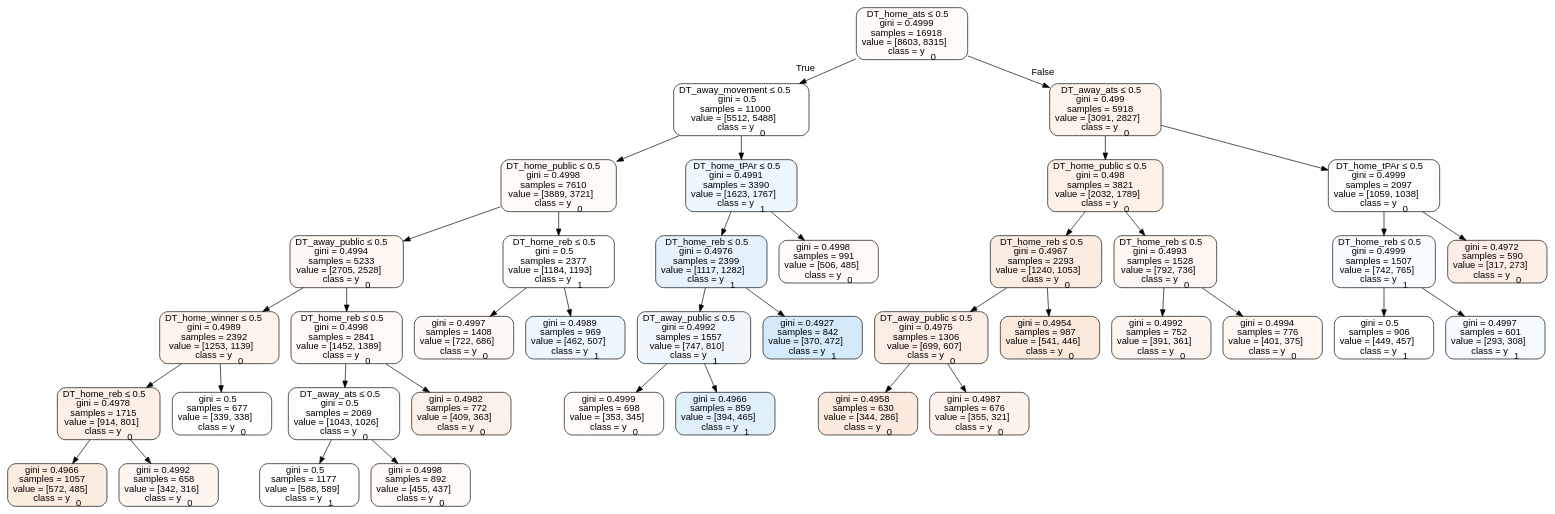
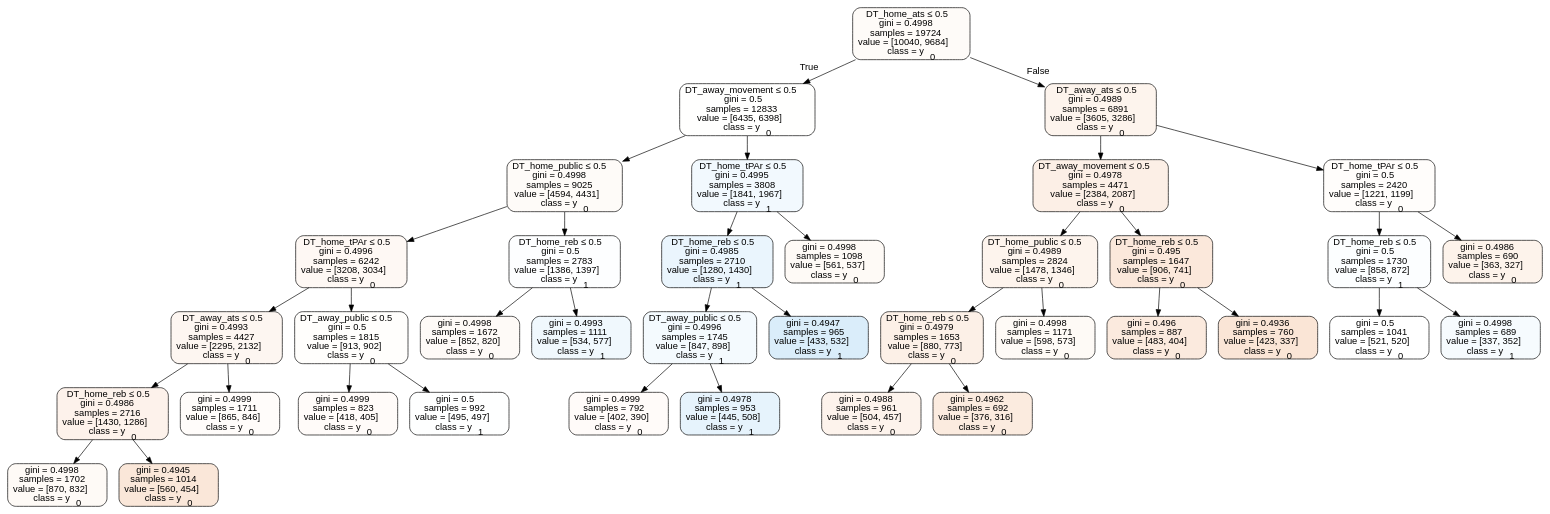
The diagram in tree_data/treehome.dot (usbogie/ncaa-bets), drawn with Graphviz before and after one commit. The commit also changed 50 other files, not shown here.

```diff
--- a/tree_data/treehome.dot
+++ b/tree_data/treehome.dot
@@ -1,81 +1,77 @@
 digraph Tree {
 node [shape=box, style="filled, rounded", color="black", fontname=helvetica] ;
 edge [fontname=helvetica] ;
-0 [label=<DT_home_ats &le; 0.5<br/>gini = 0.4999<br/>samples = 16918<br/>value = [8603, 8315]<br/>class = y<SUB>0</SUB>>, fillcolor="#e5813909"] ;
-1 [label=<DT_away_movement &le; 0.5<br/>gini = 0.5<br/>samples = 11000<br/>value = [5512, 5488]<br/>class = y<SUB>0</SUB>>, fillcolor="#e5813901"] ;
+0 [label=<DT_home_ats &le; 0.5<br/>gini = 0.4998<br/>samples = 19724<br/>value = [10040, 9684]<br/>class = y<SUB>0</SUB>>, fillcolor="#e5813909"] ;
+1 [label=<DT_away_movement &le; 0.5<br/>gini = 0.5<br/>samples = 12833<br/>value = [6435, 6398]<br/>class = y<SUB>0</SUB>>, fillcolor="#e5813901"] ;
 0 -> 1 [labeldistance=2.5, labelangle=45, headlabel="True"] ;
-2 [label=<DT_home_public &le; 0.5<br/>gini = 0.4998<br/>samples = 7610<br/>value = [3889, 3721]<br/>class = y<SUB>0</SUB>>, fillcolor="#e581390b"] ;
+2 [label=<DT_home_public &le; 0.5<br/>gini = 0.4998<br/>samples = 9025<br/>value = [4594, 4431]<br/>class = y<SUB>0</SUB>>, fillcolor="#e5813909"] ;
 1 -> 2 ;
-3 [label=<DT_away_public &le; 0.5<br/>gini = 0.4994<br/>samples = 5233<br/>value = [2705, 2528]<br/>class = y<SUB>0</SUB>>, fillcolor="#e5813911"] ;
+3 [label=<DT_home_tPAr &le; 0.5<br/>gini = 0.4996<br/>samples = 6242<br/>value = [3208, 3034]<br/>class = y<SUB>0</SUB>>, fillcolor="#e581390e"] ;
 2 -> 3 ;
-4 [label=<DT_home_winner &le; 0.5<br/>gini = 0.4989<br/>samples = 2392<br/>value = [1253, 1139]<br/>class = y<SUB>0</SUB>>, fillcolor="#e5813917"] ;
+4 [label=<DT_away_ats &le; 0.5<br/>gini = 0.4993<br/>samples = 4427<br/>value = [2295, 2132]<br/>class = y<SUB>0</SUB>>, fillcolor="#e5813912"] ;
 3 -> 4 ;
-5 [label=<DT_home_reb &le; 0.5<br/>gini = 0.4978<br/>samples = 1715<br/>value = [914, 801]<br/>class = y<SUB>0</SUB>>, fillcolor="#e5813920"] ;
+5 [label=<DT_home_reb &le; 0.5<br/>gini = 0.4986<br/>samples = 2716<br/>value = [1430, 1286]<br/>class = y<SUB>0</SUB>>, fillcolor="#e581391a"] ;
 4 -> 5 ;
-6 [label=<gini = 0.4966<br/>samples = 1057<br/>value = [572, 485]<br/>class = y<SUB>0</SUB>>, fillcolor="#e5813927"] ;
+6 [label=<gini = 0.4998<br/>samples = 1702<br/>value = [870, 832]<br/>class = y<SUB>0</SUB>>, fillcolor="#e581390b"] ;
 5 -> 6 ;
-7 [label=<gini = 0.4992<br/>samples = 658<br/>value = [342, 316]<br/>class = y<SUB>0</SUB>>, fillcolor="#e5813913"] ;
+7 [label=<gini = 0.4945<br/>samples = 1014<br/>value = [560, 454]<br/>class = y<SUB>0</SUB>>, fillcolor="#e5813930"] ;
 5 -> 7 ;
-8 [label=<gini = 0.5<br/>samples = 677<br/>value = [339, 338]<br/>class = y<SUB>0</SUB>>, fillcolor="#e5813901"] ;
+8 [label=<gini = 0.4999<br/>samples = 1711<br/>value = [865, 846]<br/>class = y<SUB>0</SUB>>, fillcolor="#e5813906"] ;
 4 -> 8 ;
-9 [label=<DT_home_reb &le; 0.5<br/>gini = 0.4998<br/>samples = 2841<br/>value = [1452, 1389]<br/>class = y<SUB>0</SUB>>, fillcolor="#e581390b"] ;
+9 [label=<DT_away_public &le; 0.5<br/>gini = 0.5<br/>samples = 1815<br/>value = [913, 902]<br/>class = y<SUB>0</SUB>>, fillcolor="#e5813903"] ;
 3 -> 9 ;
-10 [label=<DT_away_ats &le; 0.5<br/>gini = 0.5<br/>samples = 2069<br/>value = [1043, 1026]<br/>class = y<SUB>0</SUB>>, fillcolor="#e5813904"] ;
+10 [label=<gini = 0.4999<br/>samples = 823<br/>value = [418, 405]<br/>class = y<SUB>0</SUB>>, fillcolor="#e5813908"] ;
 9 -> 10 ;
-11 [label=<gini = 0.5<br/>samples = 1177<br/>value = [588, 589]<br/>class = y<SUB>1</SUB>>, fillcolor="#399de500"] ;
-10 -> 11 ;
-12 [label=<gini = 0.4998<br/>samples = 892<br/>value = [455, 437]<br/>class = y<SUB>0</SUB>>, fillcolor="#e581390a"] ;
-10 -> 12 ;
-13 [label=<gini = 0.4982<br/>samples = 772<br/>value = [409, 363]<br/>class = y<SUB>0</SUB>>, fillcolor="#e581391d"] ;
-9 -> 13 ;
-14 [label=<DT_home_reb &le; 0.5<br/>gini = 0.5<br/>samples = 2377<br/>value = [1184, 1193]<br/>class = y<SUB>1</SUB>>, fillcolor="#399de502"] ;
-2 -> 14 ;
-15 [label=<gini = 0.4997<br/>samples = 1408<br/>value = [722, 686]<br/>class = y<SUB>0</SUB>>, fillcolor="#e581390d"] ;
-14 -> 15 ;
-16 [label=<gini = 0.4989<br/>samples = 969<br/>value = [462, 507]<br/>class = y<SUB>1</SUB>>, fillcolor="#399de517"] ;
-14 -> 16 ;
-17 [label=<DT_home_tPAr &le; 0.5<br/>gini = 0.4991<br/>samples = 3390<br/>value = [1623, 1767]<br/>class = y<SUB>1</SUB>>, fillcolor="#399de515"] ;
-1 -> 17 ;
-18 [label=<DT_home_reb &le; 0.5<br/>gini = 0.4976<br/>samples = 2399<br/>value = [1117, 1282]<br/>class = y<SUB>1</SUB>>, fillcolor="#399de521"] ;
+11 [label=<gini = 0.5<br/>samples = 992<br/>value = [495, 497]<br/>class = y<SUB>1</SUB>>, fillcolor="#399de501"] ;
+9 -> 11 ;
+12 [label=<DT_home_reb &le; 0.5<br/>gini = 0.5<br/>samples = 2783<br/>value = [1386, 1397]<br/>class = y<SUB>1</SUB>>, fillcolor="#399de502"] ;
+2 -> 12 ;
+13 [label=<gini = 0.4998<br/>samples = 1672<br/>value = [852, 820]<br/>class = y<SUB>0</SUB>>, fillcolor="#e581390a"] ;
+12 -> 13 ;
+14 [label=<gini = 0.4993<br/>samples = 1111<br/>value = [534, 577]<br/>class = y<SUB>1</SUB>>, fillcolor="#399de513"] ;
+12 -> 14 ;
+15 [label=<DT_home_tPAr &le; 0.5<br/>gini = 0.4995<br/>samples = 3808<br/>value = [1841, 1967]<br/>class = y<SUB>1</SUB>>, fillcolor="#399de510"] ;
+1 -> 15 ;
+16 [label=<DT_home_reb &le; 0.5<br/>gini = 0.4985<br/>samples = 2710<br/>value = [1280, 1430]<br/>class = y<SUB>1</SUB>>, fillcolor="#399de51b"] ;
+15 -> 16 ;
+17 [label=<DT_away_public &le; 0.5<br/>gini = 0.4996<br/>samples = 1745<br/>value = [847, 898]<br/>class = y<SUB>1</SUB>>, fillcolor="#399de50e"] ;
+16 -> 17 ;
+18 [label=<gini = 0.4999<br/>samples = 792<br/>value = [402, 390]<br/>class = y<SUB>0</SUB>>, fillcolor="#e5813908"] ;
 17 -> 18 ;
-19 [label=<DT_away_public &le; 0.5<br/>gini = 0.4992<br/>samples = 1557<br/>value = [747, 810]<br/>class = y<SUB>1</SUB>>, fillcolor="#399de514"] ;
-18 -> 19 ;
-20 [label=<gini = 0.4999<br/>samples = 698<br/>value = [353, 345]<br/>class = y<SUB>0</SUB>>, fillcolor="#e5813906"] ;
-19 -> 20 ;
-21 [label=<gini = 0.4966<br/>samples = 859<br/>value = [394, 465]<br/>class = y<SUB>1</SUB>>, fillcolor="#399de527"] ;
-19 -> 21 ;
-22 [label=<gini = 0.4927<br/>samples = 842<br/>value = [370, 472]<br/>class = y<SUB>1</SUB>>, fillcolor="#399de537"] ;
-18 -> 22 ;
-23 [label=<gini = 0.4998<br/>samples = 991<br/>value = [506, 485]<br/>class = y<SUB>0</SUB>>, fillcolor="#e581390b"] ;
-17 -> 23 ;
-24 [label=<DT_away_ats &le; 0.5<br/>gini = 0.499<br/>samples = 5918<br/>value = [3091, 2827]<br/>class = y<SUB>0</SUB>>, fillcolor="#e5813916"] ;
-0 -> 24 [labeldistance=2.5, labelangle=-45, headlabel="False"] ;
-25 [label=<DT_home_public &le; 0.5<br/>gini = 0.498<br/>samples = 3821<br/>value = [2032, 1789]<br/>class = y<SUB>0</SUB>>, fillcolor="#e581391e"] ;
+19 [label=<gini = 0.4978<br/>samples = 953<br/>value = [445, 508]<br/>class = y<SUB>1</SUB>>, fillcolor="#399de520"] ;
+17 -> 19 ;
+20 [label=<gini = 0.4947<br/>samples = 965<br/>value = [433, 532]<br/>class = y<SUB>1</SUB>>, fillcolor="#399de52f"] ;
+16 -> 20 ;
+21 [label=<gini = 0.4998<br/>samples = 1098<br/>value = [561, 537]<br/>class = y<SUB>0</SUB>>, fillcolor="#e581390b"] ;
+15 -> 21 ;
+22 [label=<DT_away_ats &le; 0.5<br/>gini = 0.4989<br/>samples = 6891<br/>value = [3605, 3286]<br/>class = y<SUB>0</SUB>>, fillcolor="#e5813917"] ;
+0 -> 22 [labeldistance=2.5, labelangle=-45, headlabel="False"] ;
+23 [label=<DT_away_movement &le; 0.5<br/>gini = 0.4978<br/>samples = 4471<br/>value = [2384, 2087]<br/>class = y<SUB>0</SUB>>, fillcolor="#e5813920"] ;
+22 -> 23 ;
+24 [label=<DT_home_public &le; 0.5<br/>gini = 0.4989<br/>samples = 2824<br/>value = [1478, 1346]<br/>class = y<SUB>0</SUB>>, fillcolor="#e5813917"] ;
+23 -> 24 ;
+25 [label=<DT_home_reb &le; 0.5<br/>gini = 0.4979<br/>samples = 1653<br/>value = [880, 773]<br/>class = y<SUB>0</SUB>>, fillcolor="#e581391f"] ;
 24 -> 25 ;
-26 [label=<DT_home_reb &le; 0.5<br/>gini = 0.4967<br/>samples = 2293<br/>value = [1240, 1053]<br/>class = y<SUB>0</SUB>>, fillcolor="#e5813926"] ;
+26 [label=<gini = 0.4988<br/>samples = 961<br/>value = [504, 457]<br/>class = y<SUB>0</SUB>>, fillcolor="#e5813918"] ;
 25 -> 26 ;
-27 [label=<DT_away_public &le; 0.5<br/>gini = 0.4975<br/>samples = 1306<br/>value = [699, 607]<br/>class = y<SUB>0</SUB>>, fillcolor="#e5813922"] ;
-26 -> 27 ;
-28 [label=<gini = 0.4958<br/>samples = 630<br/>value = [344, 286]<br/>class = y<SUB>0</SUB>>, fillcolor="#e581392b"] ;
-27 -> 28 ;
-29 [label=<gini = 0.4987<br/>samples = 676<br/>value = [355, 321]<br/>class = y<SUB>0</SUB>>, fillcolor="#e5813918"] ;
-27 -> 29 ;
-30 [label=<gini = 0.4954<br/>samples = 987<br/>value = [541, 446]<br/>class = y<SUB>0</SUB>>, fillcolor="#e581392d"] ;
-26 -> 30 ;
-31 [label=<DT_home_reb &le; 0.5<br/>gini = 0.4993<br/>samples = 1528<br/>value = [792, 736]<br/>class = y<SUB>0</SUB>>, fillcolor="#e5813912"] ;
-25 -> 31 ;
-32 [label=<gini = 0.4992<br/>samples = 752<br/>value = [391, 361]<br/>class = y<SUB>0</SUB>>, fillcolor="#e5813914"] ;
-31 -> 32 ;
-33 [label=<gini = 0.4994<br/>samples = 776<br/>value = [401, 375]<br/>class = y<SUB>0</SUB>>, fillcolor="#e5813911"] ;
-31 -> 33 ;
-34 [label=<DT_home_tPAr &le; 0.5<br/>gini = 0.4999<br/>samples = 2097<br/>value = [1059, 1038]<br/>class = y<SUB>0</SUB>>, fillcolor="#e5813905"] ;
-24 -> 34 ;
-35 [label=<DT_home_reb &le; 0.5<br/>gini = 0.4999<br/>samples = 1507<br/>value = [742, 765]<br/>class = y<SUB>1</SUB>>, fillcolor="#399de508"] ;
-34 -> 35 ;
-36 [label=<gini = 0.5<br/>samples = 906<br/>value = [449, 457]<br/>class = y<SUB>1</SUB>>, fillcolor="#399de504"] ;
-35 -> 36 ;
-37 [label=<gini = 0.4997<br/>samples = 601<br/>value = [293, 308]<br/>class = y<SUB>1</SUB>>, fillcolor="#399de50c"] ;
-35 -> 37 ;
-38 [label=<gini = 0.4972<br/>samples = 590<br/>value = [317, 273]<br/>class = y<SUB>0</SUB>>, fillcolor="#e5813923"] ;
-34 -> 38 ;
+27 [label=<gini = 0.4962<br/>samples = 692<br/>value = [376, 316]<br/>class = y<SUB>0</SUB>>, fillcolor="#e5813929"] ;
+25 -> 27 ;
+28 [label=<gini = 0.4998<br/>samples = 1171<br/>value = [598, 573]<br/>class = y<SUB>0</SUB>>, fillcolor="#e581390b"] ;
+24 -> 28 ;
+29 [label=<DT_home_reb &le; 0.5<br/>gini = 0.495<br/>samples = 1647<br/>value = [906, 741]<br/>class = y<SUB>0</SUB>>, fillcolor="#e581392e"] ;
+23 -> 29 ;
+30 [label=<gini = 0.496<br/>samples = 887<br/>value = [483, 404]<br/>class = y<SUB>0</SUB>>, fillcolor="#e581392a"] ;
+29 -> 30 ;
+31 [label=<gini = 0.4936<br/>samples = 760<br/>value = [423, 337]<br/>class = y<SUB>0</SUB>>, fillcolor="#e5813934"] ;
+29 -> 31 ;
+32 [label=<DT_home_tPAr &le; 0.5<br/>gini = 0.5<br/>samples = 2420<br/>value = [1221, 1199]<br/>class = y<SUB>0</SUB>>, fillcolor="#e5813905"] ;
+22 -> 32 ;
+33 [label=<DT_home_reb &le; 0.5<br/>gini = 0.5<br/>samples = 1730<br/>value = [858, 872]<br/>class = y<SUB>1</SUB>>, fillcolor="#399de504"] ;
+32 -> 33 ;
+34 [label=<gini = 0.5<br/>samples = 1041<br/>value = [521, 520]<br/>class = y<SUB>0</SUB>>, fillcolor="#e5813900"] ;
+33 -> 34 ;
+35 [label=<gini = 0.4998<br/>samples = 689<br/>value = [337, 352]<br/>class = y<SUB>1</SUB>>, fillcolor="#399de50b"] ;
+33 -> 35 ;
+36 [label=<gini = 0.4986<br/>samples = 690<br/>value = [363, 327]<br/>class = y<SUB>0</SUB>>, fillcolor="#e5813919"] ;
+32 -> 36 ;
 }
```
